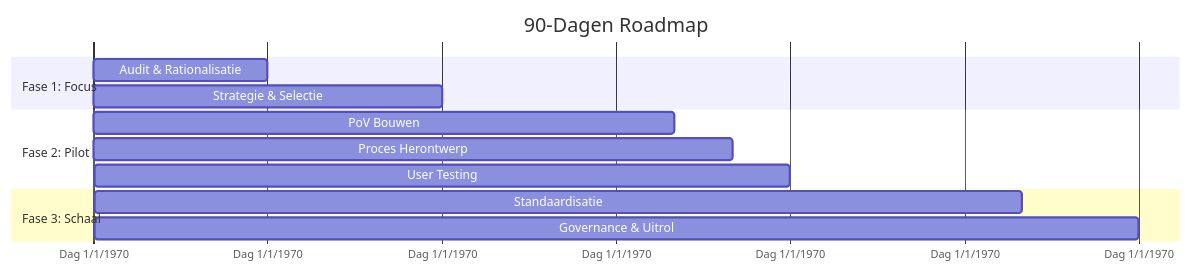
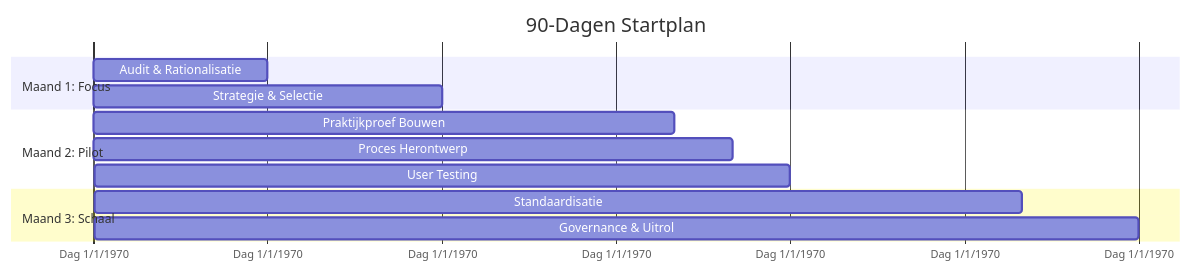
Before and after one commit to vannifr/ai-project-blueprint: the diagram in docs/12-90-dagen-roadmap/index.md, drawn with Mermaid. The commit also changed other lines of this file and 13 other files, not shown here.

````diff
--- a/docs/12-90-dagen-roadmap/index.md
+++ b/docs/12-90-dagen-roadmap/index.md
@@ -84,19 +78,19 @@
 ```mermaid
 gantt
-    title 90-Dagen Roadmap
+    title 90-Dagen Startplan
     dateFormat  X
     axisFormat Dag %x
     
-    section Fase 1: Focus
+    section Maand 1: Focus
     Audit & Rationalisatie      :0, 15
     Strategie & Selectie        :10, 30
     
-    section Fase 2: Pilot
-    PoV Bouwen                  :30, 50
+    section Maand 2: Pilot
+    Praktijkproef Bouwen        :30, 50
     Proces Herontwerp           :35, 55
     User Testing                :50, 60
     
-    section Fase 3: Schaal
+    section Maand 3: Schaal
     Standaardisatie             :60, 80
     Governance & Uitrol         :70, 90
 ```
````
